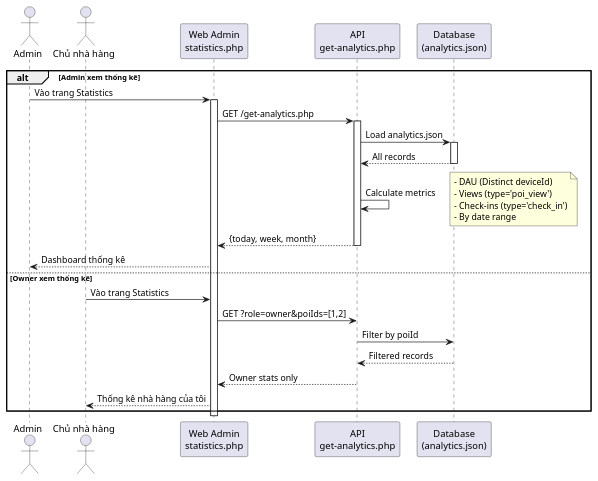
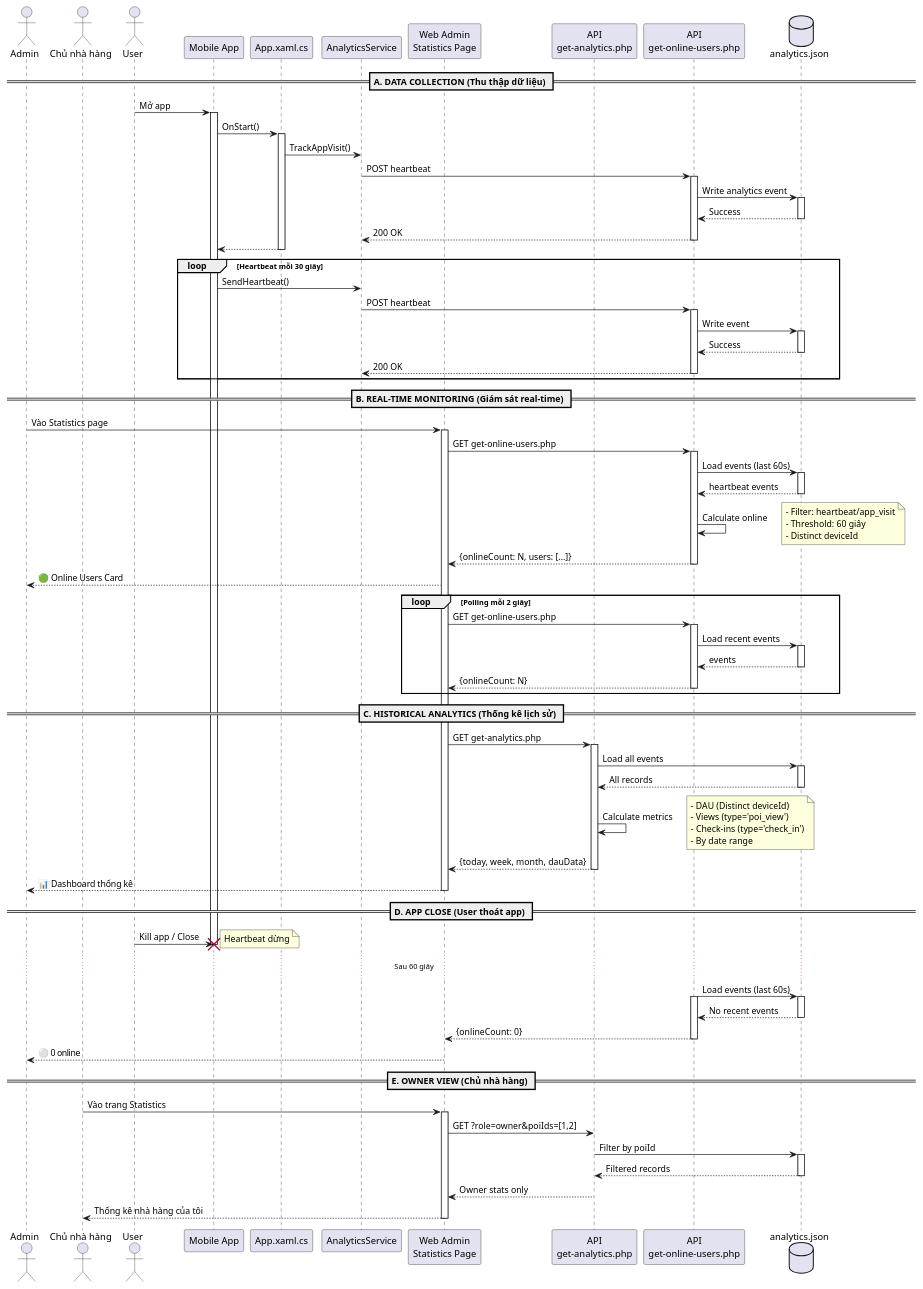
Diagram 20 of 21 in SYSTEM_DIAGRAMS.md (giahuyzawe/Do-an-C-sharp), drawn with PlantUML before and after one commit. The commit also changed other lines of this file and 39 other files, not shown here.

Commit message:
Fix DeviceId duplicate issue and online user count

```diff
--- a/SYSTEM_DIAGRAMS.md
+++ b/SYSTEM_DIAGRAMS.md
@@ -1019,43 +1155,132 @@
 @startuml
 actor "Admin" as Admin
 actor "Chủ nhà hàng" as Owner
-participant "Web Admin\nstatistics.php" as Stats
+actor "User" as User
+participant "Mobile App" as App
+participant "App.xaml.cs" as AppCS
+participant "AnalyticsService" as Analytics
+participant "Web Admin\nStatistics Page" as Stats
 participant "API\nget-analytics.php" as API
-participant "Database\n(analytics.json)" as DB
+participant "API\nget-online-users.php" as OnlineAPI
+database "analytics.json" as DB
 
-alt Admin xem thống kê
-    Admin -> Stats: Vào trang Statistics
-    activate Stats
-    
-    Stats -> API: GET /get-analytics.php
-    activate API
-    API -> DB: Load analytics.json
+== A. DATA COLLECTION (Thu thập dữ liệu) ==
+
+User -> App: Mở app
+activate App
+App -> AppCS: OnStart()
+activate AppCS
+AppCS -> Analytics: TrackAppVisit()
+Analytics -> OnlineAPI: POST heartbeat
+activate OnlineAPI
+OnlineAPI -> DB: Write analytics event
+activate DB
+DB --> OnlineAPI: Success
+deactivate DB
+OnlineAPI --> Analytics: 200 OK
+deactivate OnlineAPI
+AppCS --> App: 
+deactivate AppCS
+
+loop Heartbeat mỗi 30 giây
+    App -> Analytics: SendHeartbeat()
+    Analytics -> OnlineAPI: POST heartbeat
+    activate OnlineAPI
+    OnlineAPI -> DB: Write event
     activate DB
-    DB --> API: All records
+    DB --> OnlineAPI: Success
     deactivate DB
-    
-    API -> API: Calculate metrics
-    note right
-      - DAU (Distinct deviceId)
-      - Views (type='poi_view')
-      - Check-ins (type='check_in')
-      - By date range
-    end note
-    
-    API --> Stats: {today, week, month}
-    deactivate API
-    
-    Stats --> Admin: Dashboard thống kê
-    
-else Owner xem thống kê
-    Owner -> Stats: Vào trang Statistics
-    Stats -> API: GET ?role=owner&poiIds=[1,2]
-    API -> DB: Filter by poiId
-    DB --> API: Filtered records
-    API --> Stats: Owner stats only
-    Stats --> Owner: Thống kê nhà hàng của tôi
+    OnlineAPI --> Analytics: 200 OK
+    deactivate OnlineAPI
 end
 
+== B. REAL-TIME MONITORING (Giám sát real-time) ==
+
+Admin -> Stats: Vào Statistics page
+activate Stats
+
+Stats -> OnlineAPI: GET get-online-users.php
+activate OnlineAPI
+OnlineAPI -> DB: Load events (last 60s)
+activate DB
+DB --> OnlineAPI: heartbeat events
+deactivate DB
+
+OnlineAPI -> OnlineAPI: Calculate online
+note right
+  - Filter: heartbeat/app_visit
+  - Threshold: 60 giây
+  - Distinct deviceId
+end note
+
+OnlineAPI --> Stats: {onlineCount: N, users: [...]}
+deactivate OnlineAPI
+
+Stats --> Admin: 🟢 Online Users Card
+
+loop Polling mỗi 2 giây
+    Stats -> OnlineAPI: GET get-online-users.php
+    activate OnlineAPI
+    OnlineAPI -> DB: Load recent events
+    activate DB
+    DB --> OnlineAPI: events
+    deactivate DB
+    OnlineAPI --> Stats: {onlineCount: N}
+    deactivate OnlineAPI
+end
+
+== C. HISTORICAL ANALYTICS (Thống kê lịch sử) ==
+
+Stats -> API: GET get-analytics.php
+activate API
+API -> DB: Load all events
+activate DB
+DB --> API: All records
+deactivate DB
+
+API -> API: Calculate metrics
+note right
+  - DAU (Distinct deviceId)
+  - Views (type='poi_view')
+  - Check-ins (type='check_in')
+  - By date range
+end note
+
+API --> Stats: {today, week, month, dauData}
+deactivate API
+
+Stats --> Admin: 📊 Dashboard thống kê
+deactivate Stats
+
+== D. APP CLOSE (User thoát app) ==
+
+User -> App: Kill app / Close
+destroy App
+note right: Heartbeat dừng
+
+... Sau 60 giây ...
+
+OnlineAPI -> DB: Load events (last 60s)
+activate OnlineAPI
+activate DB
+DB --> OnlineAPI: No recent events
+deactivate DB
+OnlineAPI --> Stats: {onlineCount: 0}
+deactivate OnlineAPI
+
+Stats --> Admin: ⚪ 0 online
+
+== E. OWNER VIEW (Chủ nhà hàng) ==
+
+Owner -> Stats: Vào trang Statistics
+activate Stats
+Stats -> API: GET ?role=owner&poiIds=[1,2]
+API -> DB: Filter by poiId
+activate DB
+DB --> API: Filtered records
+deactivate DB
+API --> Stats: Owner stats only
+Stats --> Owner: Thống kê nhà hàng của tôi
 deactivate Stats
 
 @enduml
```
